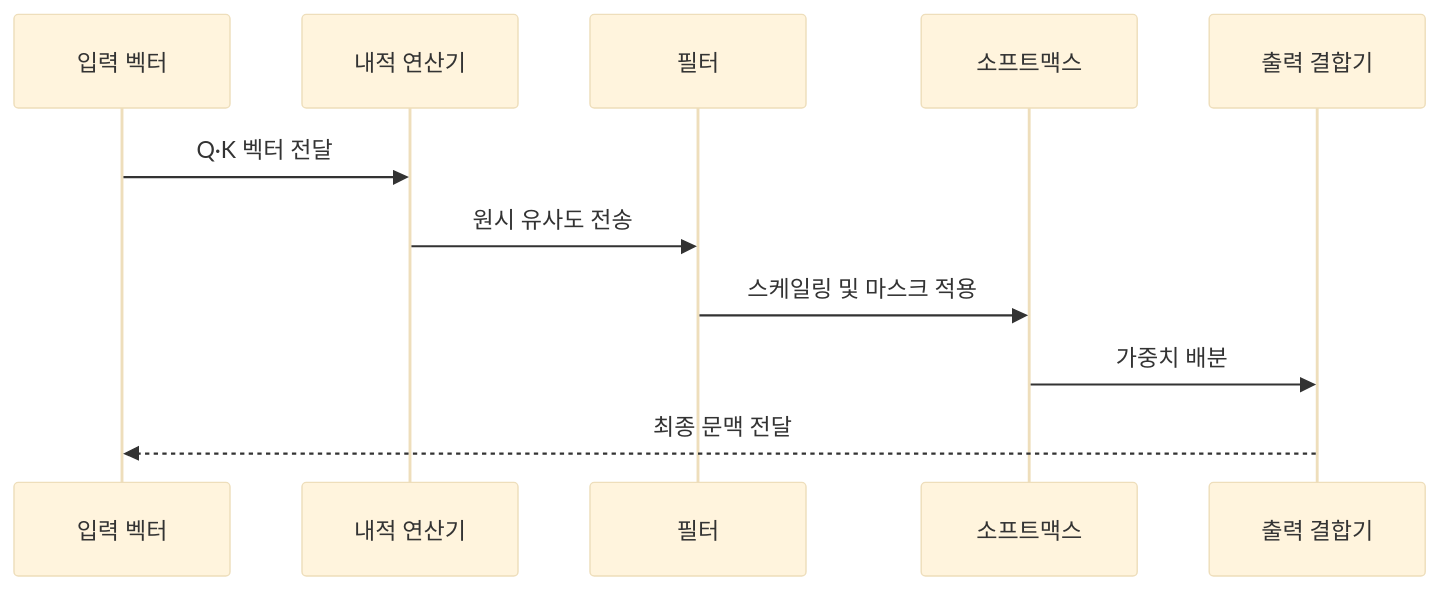
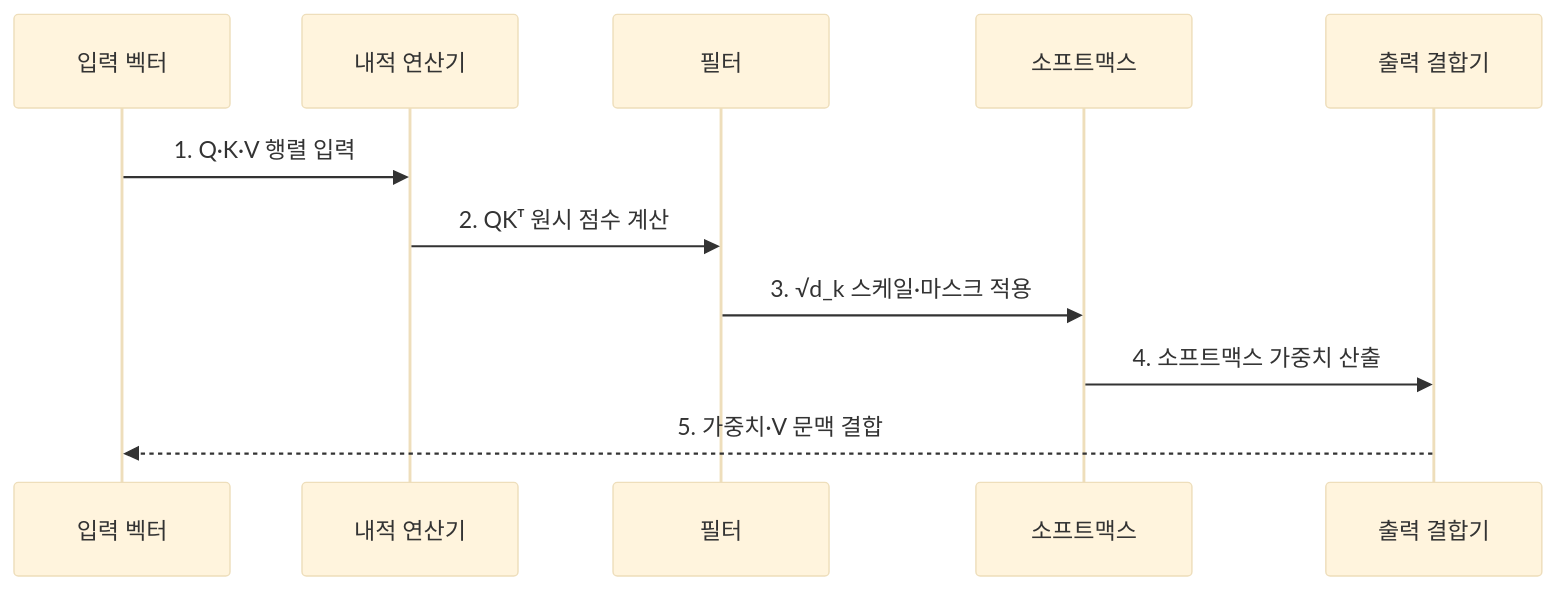
One commit to agnusdei1207/knowledge-base changed the second of 2 diagrams in src/content/docs/notes/08-latest-tech/029_scaled_dot_product_attention.md. Above: the diagram before and after it, drawn with Mermaid (base theme). The commit also changed other lines of this file and 26 other files, not shown here.

````diff
--- a/src/content/docs/notes/08-latest-tech/029_scaled_dot_product_attention.md
+++ b/src/content/docs/notes/08-latest-tech/029_scaled_dot_product_attention.md
@@ -75,13 +74,13 @@
 ```mermaid
 sequenceDiagram
     participant I as 입력 벡터
     participant D as 내적 연산기
     participant F as 필터
     participant S as 소프트맥스
     participant C as 출력 결합기
-    I->>D: Q·K 벡터 전달
-    D->>F: 원시 유사도 전송
-    F->>S: 스케일링 및 마스크 적용
-    S->>C: 가중치 배분
-    C-->>I: 최종 문맥 전달
+    I->>D: 1. Q·K·V 행렬 입력
+    D->>F: 2. QKᵀ 원시 점수 계산
+    F->>S: 3. √d_k 스케일·마스크 적용
+    S->>C: 4. 소프트맥스 가중치 산출
+    C-->>I: 5. 가중치·V 문맥 결합
 ```
````
